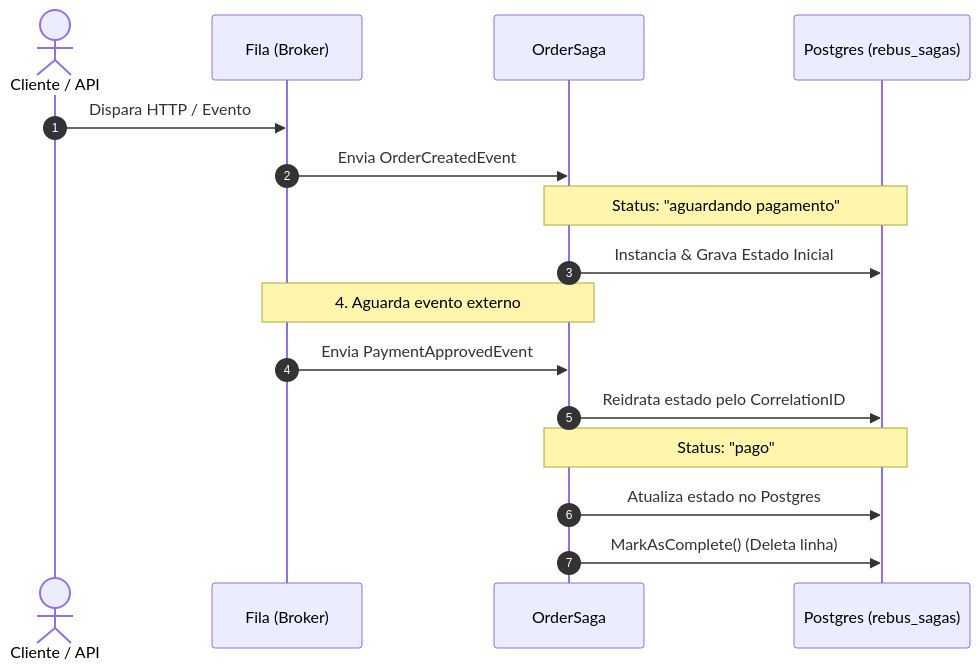
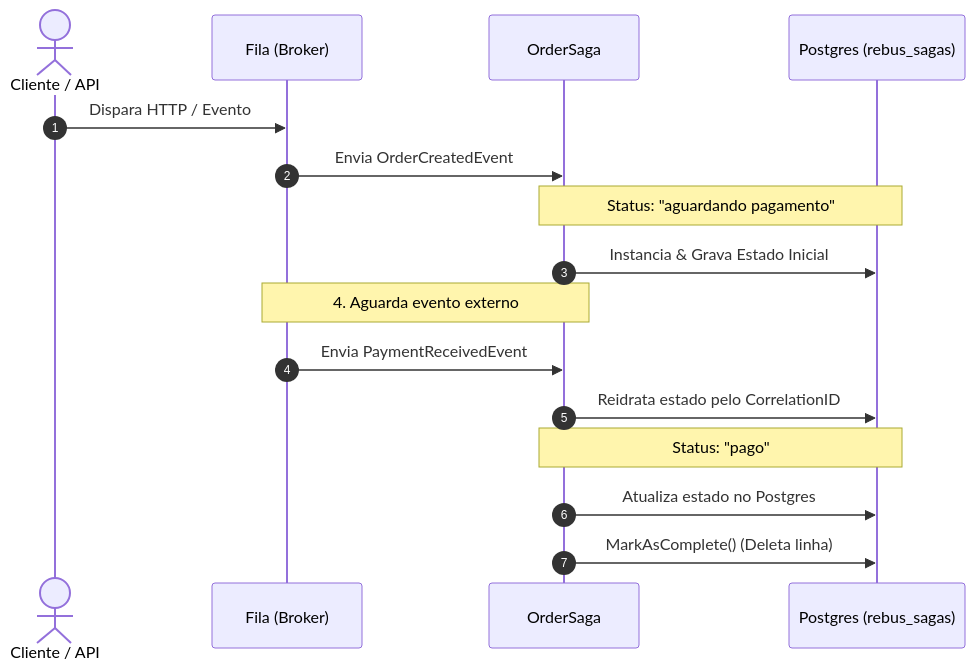
One commit to avmesquita/rabbitmq-rebus-study-case changed the first of 2 diagrams in README.md. Above: the diagram before and after it, drawn with Mermaid. The commit also changed other lines of this file and 4 other files, not shown here.

````diff
--- a/README.md
+++ b/README.md
@@ -56,22 +56,22 @@
 ```mermaid
 sequenceDiagram
     autonumber
     actor Cliente as Cliente / API
     participant Fila as Fila (Broker)
     participant Saga as OrderSaga
     participant Banco as Postgres (rebus_sagas)
 
     Cliente->>Fila: Dispara HTTP / Evento
     Fila->>Saga: Envia OrderCreatedEvent
     Note over Saga,Banco: Status: "aguardando pagamento"
     Saga->>Banco: Instancia & Grava Estado Inicial
 
     Note over Fila,Saga: 4. Aguarda evento externo
 
-    Fila->>Saga: Envia PaymentApprovedEvent
+    Fila->>Saga: Envia PaymentReceivedEvent
     Saga->>Banco: Reidrata estado pelo CorrelationID
     Note over Saga,Banco: Status: "pago"
     Saga->>Banco: Atualiza estado no Postgres
     
     Saga->>Banco: MarkAsComplete() (Deleta linha)
 ```    
````
